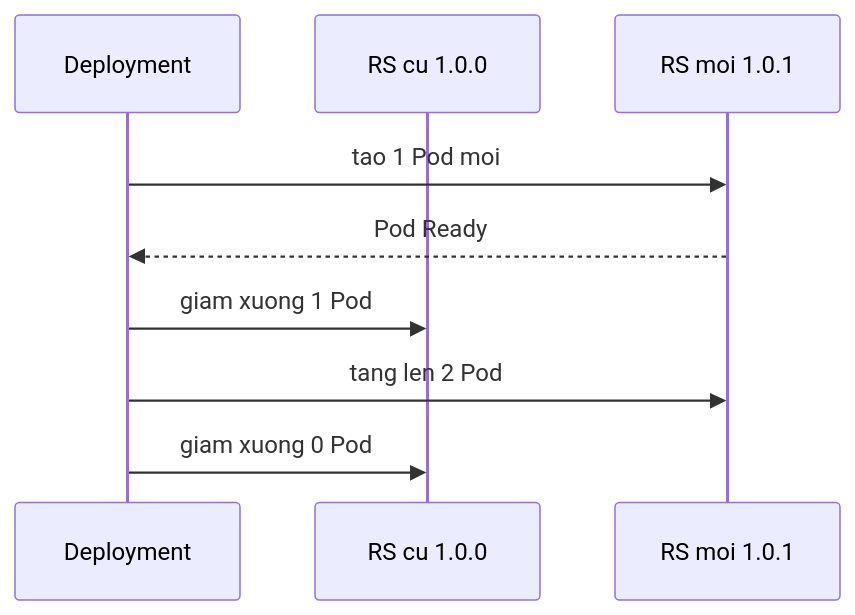
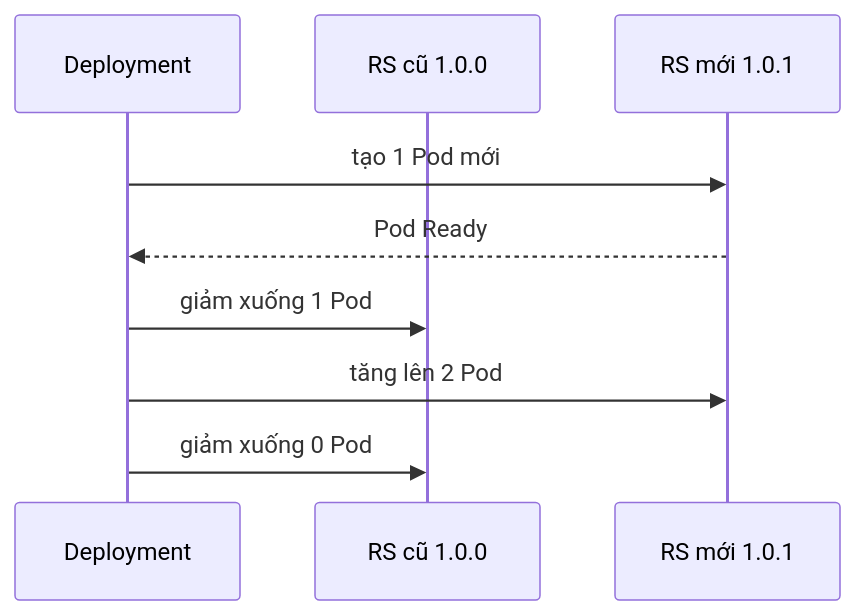
Before and after one commit to TienNHM/devops-course: the second of 2 diagrams in slides/05-kubernetes/session-22.md, drawn with Mermaid. The commit also changed other lines of this file and 266 other files, not shown here.

````diff
--- a/slides/05-kubernetes/session-22.md
+++ b/slides/05-kubernetes/session-22.md
@@ -127,11 +99,11 @@
 ```mermaid
 sequenceDiagram
     participant D as Deployment
-    participant Old as RS cu 1.0.0
-    participant New as RS moi 1.0.1
-    D->>New: tao 1 Pod moi
+    participant Old as RS cũ 1.0.0
+    participant New as RS mới 1.0.1
+    D->>New: tạo 1 Pod mới
     New-->>D: Pod Ready
-    D->>Old: giam xuong 1 Pod
-    D->>New: tang len 2 Pod
-    D->>Old: giam xuong 0 Pod
+    D->>Old: giảm xuống 1 Pod
+    D->>New: tăng lên 2 Pod
+    D->>Old: giảm xuống 0 Pod
 ```
````
